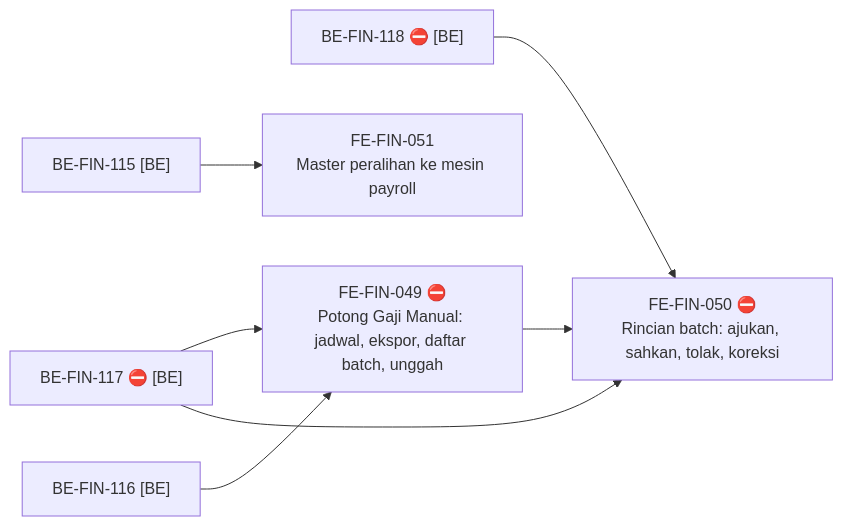
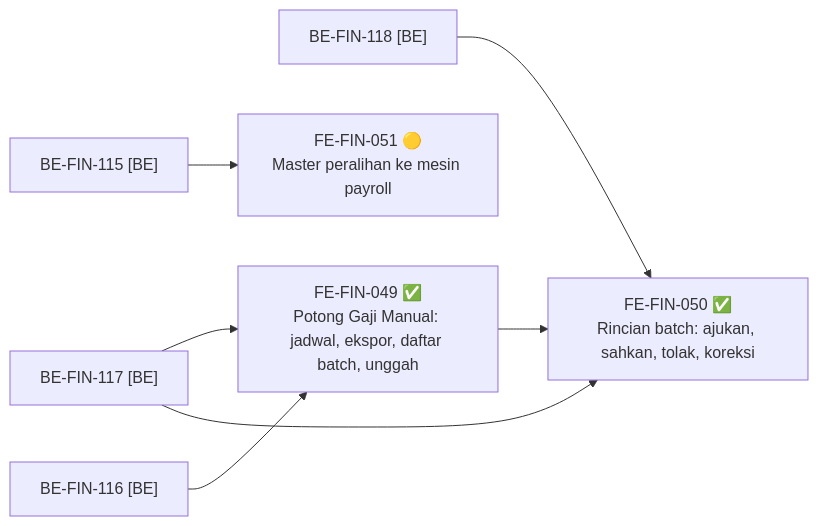
One commit to DevBenari/NewQuilvianSystemBackend changed the fourth of 4 diagrams in docs/module-blueprints/finance-management/roadmap/02-frontend-roadmap.md. Above: the diagram before and after it, drawn with Mermaid. The commit also changed other lines of this file and 67 other files, not shown here.

````diff
--- a/docs/module-blueprints/finance-management/roadmap/02-frontend-roadmap.md
+++ b/docs/module-blueprints/finance-management/roadmap/02-frontend-roadmap.md
@@ -1199,16 +1200,16 @@
 ```mermaid
 flowchart LR
     B115["BE-FIN-115 [BE]"]
     B116["BE-FIN-116 [BE]"]
-    B117["BE-FIN-117 ⛔ [BE]"]
-    B118["BE-FIN-118 ⛔ [BE]"]
-    F049["FE-FIN-049 ⛔<br/>Potong Gaji Manual: jadwal, ekspor, daftar batch, unggah"]
-    F050["FE-FIN-050 ⛔<br/>Rincian batch: ajukan, sahkan, tolak, koreksi"]
-    F051["FE-FIN-051<br/>Master peralihan ke mesin payroll"]
+    B117["BE-FIN-117 [BE]"]
+    B118["BE-FIN-118 [BE]"]
+    F049["FE-FIN-049 ✅<br/>Potong Gaji Manual: jadwal, ekspor, daftar batch, unggah"]
+    F050["FE-FIN-050 ✅<br/>Rincian batch: ajukan, sahkan, tolak, koreksi"]
+    F051["FE-FIN-051 🟡<br/>Master peralihan ke mesin payroll"]
     B116 --> F049
     B117 --> F049
     B117 --> F050
     B118 --> F050
     F049 --> F050
     B115 --> F051
 ```
````
